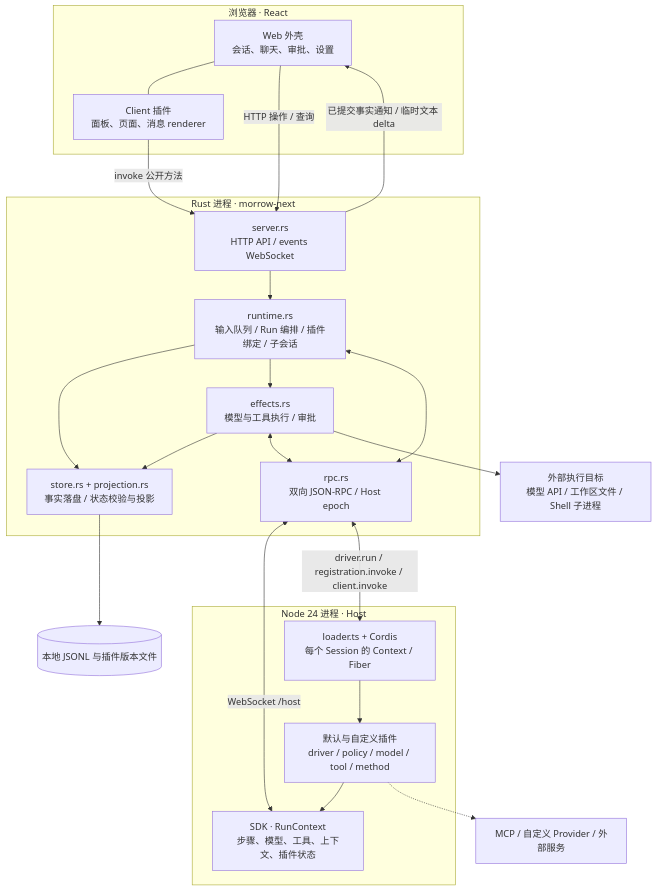
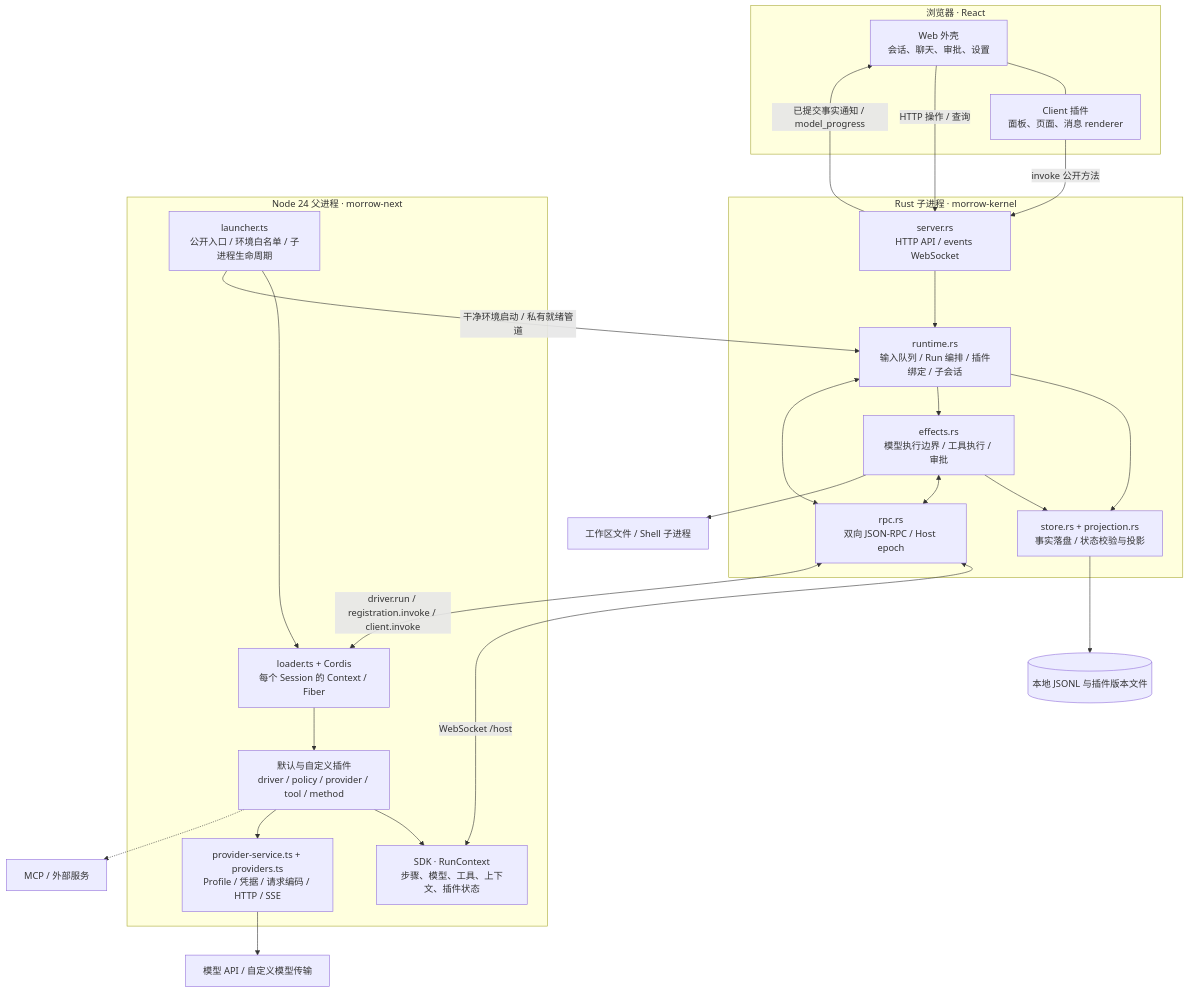
The diagram in vnext/docs/diagrams/overview.mmd (catDforD/Morrow), drawn with Mermaid before and after one commit. The commit also changed 69 other files, not shown here.

First line of the commit message:
feat(vnext): decouple providers and add plugin-based model settings

```diff
--- a/vnext/docs/diagrams/overview.mmd
+++ b/vnext/docs/diagrams/overview.mmd
@@ -1,34 +1,40 @@
 flowchart TB
   subgraph Browser["浏览器 · React"]
     Web["Web 外壳<br/>会话、聊天、审批、设置"]
     Client["Client 插件<br/>面板、页面、消息 renderer"]
     Web --- Client
   end
-  subgraph Rust["Rust 进程 · morrow-next"]
+  subgraph Rust["Rust 子进程 · morrow-kernel"]
     Server["server.rs<br/>HTTP API / events WebSocket"]
     Runtime["runtime.rs<br/>输入队列 / Run 编排 / 插件绑定 / 子会话"]
-    Effects["effects.rs<br/>模型与工具执行 / 审批"]
+    Effects["effects.rs<br/>模型执行边界 / 工具执行 / 审批"]
     Store["store.rs + projection.rs<br/>事实落盘 / 状态校验与投影"]
     RPC["rpc.rs<br/>双向 JSON-RPC / Host epoch"]
     Server --> Runtime
     Runtime --> Store
     Runtime --> Effects
     Effects --> Store
     Runtime <--> RPC
     Effects <--> RPC
   end
-  subgraph Node["Node 24 进程 · Host"]
+  subgraph Node["Node 24 父进程 · morrow-next"]
+    Launcher["launcher.ts<br/>公开入口 / 环境白名单 / 子进程生命周期"]
+    Provider["provider-service.ts + providers.ts<br/>Profile / 凭据 / 请求编码 / HTTP / SSE"]
     Loader["loader.ts + Cordis<br/>每个 Session 的 Context / Fiber"]
-    Plugins["默认与自定义插件<br/>driver / policy / model / tool / method"]
+    Plugins["默认与自定义插件<br/>driver / policy / provider / tool / method"]
     SDK["SDK · RunContext<br/>步骤、模型、工具、上下文、插件状态"]
     Loader --> Plugins
     Plugins --> SDK
+    Plugins --> Provider
+    Launcher --> Loader
   end
+  Launcher -->|"干净环境启动 / 私有就绪管道"| Runtime
   Web -->|"HTTP 操作 / 查询"| Server
-  Server -->|"已提交事实通知 / 临时文本 delta"| Web
+  Server -->|"已提交事实通知 / model_progress"| Web
   Client -->|"invoke 公开方法"| Server
   RPC <-->|"WebSocket /host"| SDK
   RPC <-->|"driver.run / registration.invoke / client.invoke"| Loader
   Store --> Disk[("本地 JSONL 与插件版本文件")]
-  Effects --> Native["外部执行目标<br/>模型 API / 工作区文件 / Shell 子进程"]
-  Plugins -.-> External["MCP / 自定义 Provider / 外部服务"]
+  Effects --> Native["工作区文件 / Shell 子进程"]
+  Provider --> External["模型 API / 自定义模型传输"]
+  Plugins -.-> MCP["MCP / 外部服务"]
```
